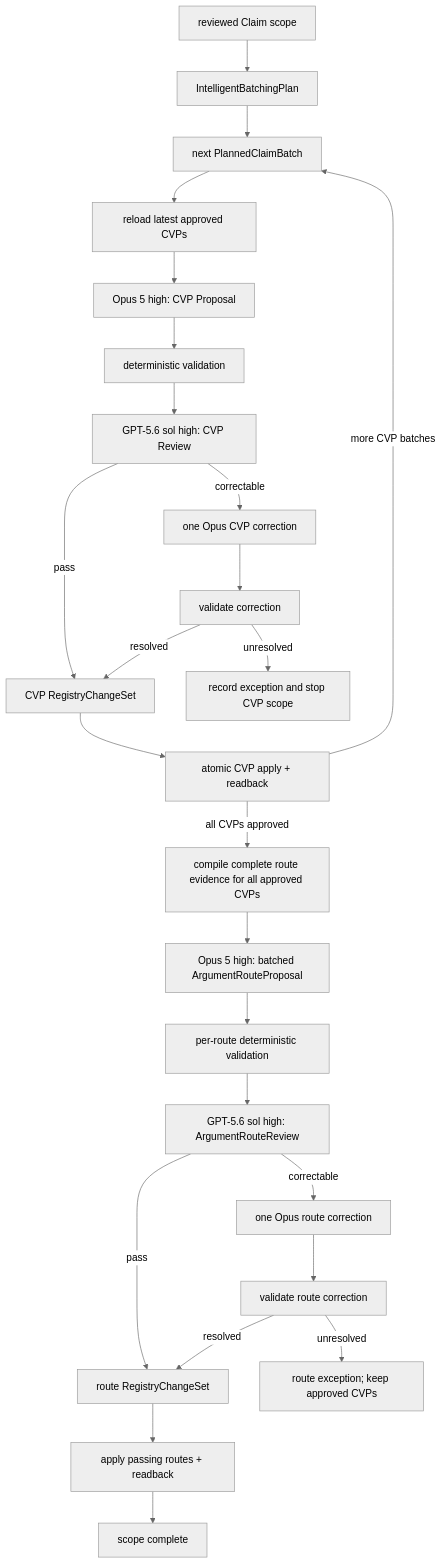
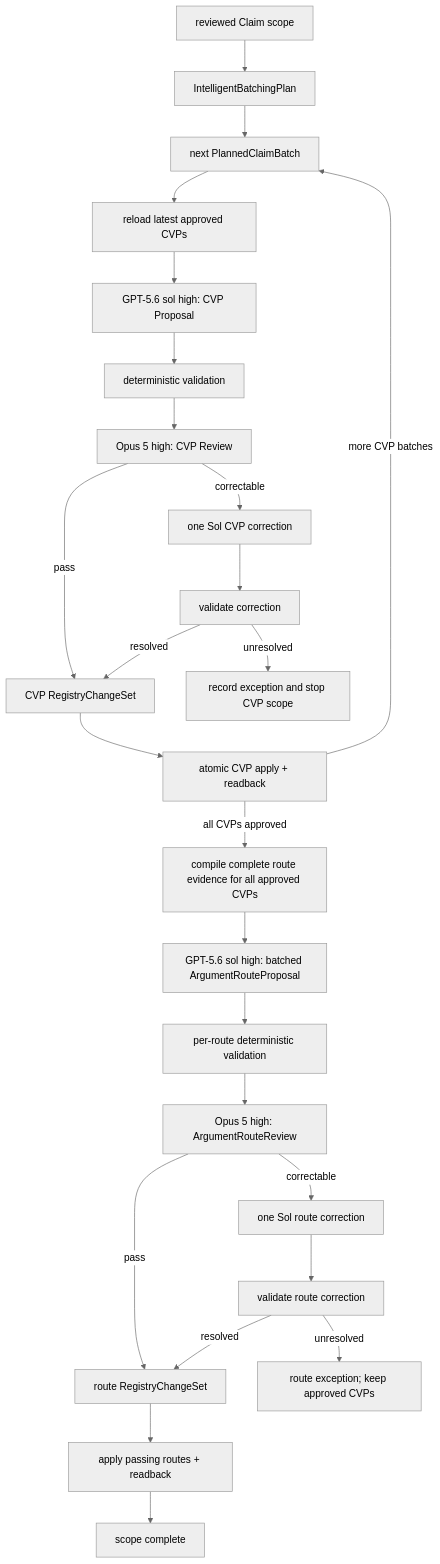
The first of 7 diagrams in docs/wang-knowledge-platform/canonical_viewpoint_registry_design_v1.md (junyang168/smart-answer), drawn with Mermaid (neutral theme) before and after one commit. The commit also changed other lines of this file and 3 other files, not shown here.

Commit message:
feat(wang): use Sol proposals with Opus review

````diff
--- a/docs/wang-knowledge-platform/canonical_viewpoint_registry_design_v1.md
+++ b/docs/wang-knowledge-platform/canonical_viewpoint_registry_design_v1.md
@@ -81,27 +81,27 @@
 ```mermaid
 flowchart TD
     S["reviewed Claim scope"] --> B["IntelligentBatchingPlan"]
     B --> N["next PlannedClaimBatch"]
     N --> L["reload latest approved CVPs"]
-    L --> P["Opus 5 high: CVP Proposal"]
+    L --> P["GPT-5.6 sol high: CVP Proposal"]
     P --> D["deterministic validation"]
-    D --> R["GPT-5.6 sol high: CVP Review"]
+    D --> R["Opus 5 high: CVP Review"]
     R -->|"pass"| C["CVP RegistryChangeSet"]
-    R -->|"correctable"| O["one Opus CVP correction"]
+    R -->|"correctable"| O["one Sol CVP correction"]
     O --> V["validate correction"]
     V -->|"resolved"| C
     V -->|"unresolved"| X["record exception and stop CVP scope"]
     C --> A["atomic CVP apply + readback"]
     A -->|"more CVP batches"| N
     A -->|"all CVPs approved"| Q["compile complete route evidence for all approved CVPs"]
-    Q --> RP["Opus 5 high: batched ArgumentRouteProposal"]
+    Q --> RP["GPT-5.6 sol high: batched ArgumentRouteProposal"]
     RP --> RD["per-route deterministic validation"]
-    RD --> RR["GPT-5.6 sol high: ArgumentRouteReview"]
+    RD --> RR["Opus 5 high: ArgumentRouteReview"]
     RR -->|"pass"| RC["route RegistryChangeSet"]
-    RR -->|"correctable"| RO["one Opus route correction"]
+    RR -->|"correctable"| RO["one Sol route correction"]
     RO --> RV["validate route correction"]
     RV -->|"resolved"| RC
     RV -->|"unresolved"| RX["route exception; keep approved CVPs"]
     RC --> RA["apply passing routes + readback"]
     RA --> Z["scope complete"]
 ```
````
